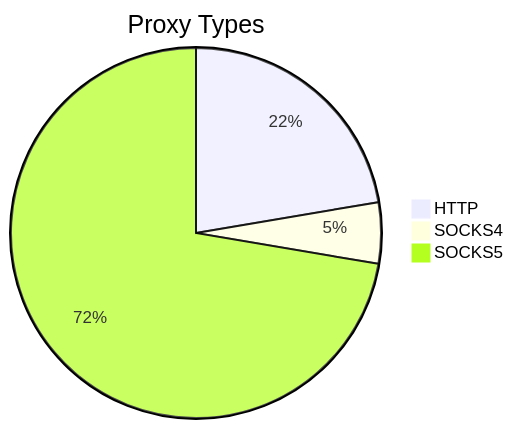
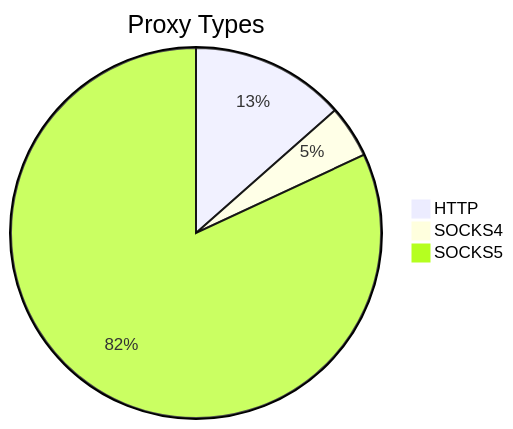
One commit to stormsia/proxy-list changed the first of 2 diagrams in README.md. Above: the diagram before and after it, drawn with Mermaid. The commit also changed other lines of this file, not shown here.

````diff
--- a/README.md
+++ b/README.md
@@ -21,6 +21,6 @@
 ```mermaid
 pie title Proxy Types
-    "HTTP" : 88
-    "SOCKS4" : 21
-    "SOCKS5" : 285
+    "HTTP" : 106
+    "SOCKS4" : 36
+    "SOCKS5" : 644
 ```
````
